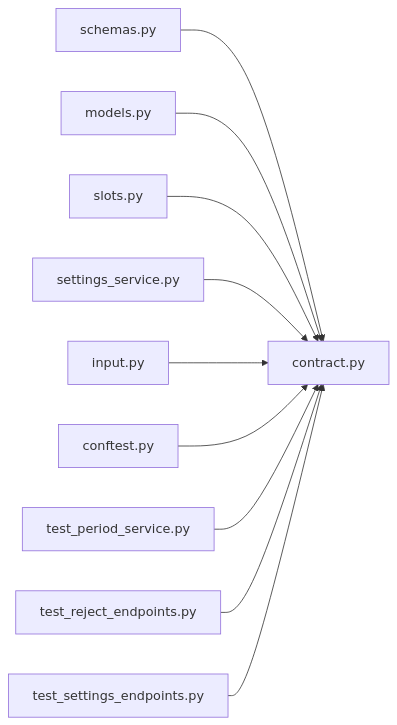
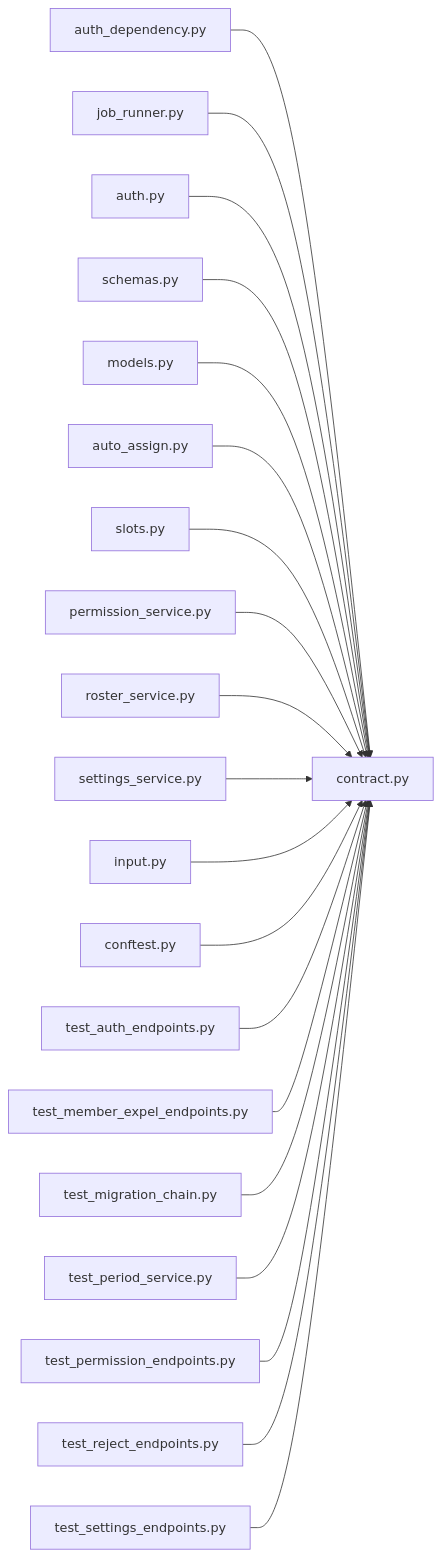
One commit to minkong-dev/Banblit changed the diagram in .cluedoc/graph/backend/src/backend/contract.md. Above: the diagram before and after it, drawn with Mermaid. The commit also changed other lines of this file and 48 other files, not shown here.

First line of the commit message:
backend: split file storage into its own module and keep shared literals in contract

````diff
--- a/.cluedoc/graph/backend/src/backend/contract.md
+++ b/.cluedoc/graph/backend/src/backend/contract.md
@@ -10,13 +10,23 @@
 ```mermaid
 flowchart LR
   backend_src_backend_contract["contract.py"]
+  backend_src_backend_api_auth_dependency["auth_dependency.py"] --> backend_src_backend_contract
+  backend_src_backend_api_job_runner["job_runner.py"] --> backend_src_backend_contract
+  backend_src_backend_api_routers_auth["auth.py"] --> backend_src_backend_contract
   backend_src_backend_api_schemas["schemas.py"] --> backend_src_backend_contract
   backend_src_backend_db_models["models.py"] --> backend_src_backend_contract
+  backend_src_backend_jobs_auto_assign["auto_assign.py"] --> backend_src_backend_contract
   backend_src_backend_scheduling_slots["slots.py"] --> backend_src_backend_contract
+  backend_src_backend_services_permission_permission_service["permission_service.py"] --> backend_src_backend_contract
+  backend_src_backend_services_roster_roster_service["roster_service.py"] --> backend_src_backend_contract
   backend_src_backend_services_settings_settings_service["settings_service.py"] --> backend_src_backend_contract
   backend_src_backend_services_validation_input["input.py"] --> backend_src_backend_contract
   backend_tests_conftest["conftest.py"] --> backend_src_backend_contract
+  backend_tests_integration_db_test_auth_endpoints["test_auth_endpoints.py"] --> backend_src_backend_contract
+  backend_tests_integration_db_test_member_expel_endpoints["test_member_expel_endpoints.py"] --> backend_src_backend_contract
+  backend_tests_integration_db_test_migration_chain["test_migration_chain.py"] --> backend_src_backend_contract
   backend_tests_integration_db_test_period_service["test_period_service.py"] --> backend_src_backend_contract
+  backend_tests_integration_db_test_permission_endpoints["test_permission_endpoints.py"] --> backend_src_backend_contract
   backend_tests_integration_db_test_reject_endpoints["test_reject_endpoints.py"] --> backend_src_backend_contract
   backend_tests_integration_db_test_settings_endpoints["test_settings_endpoints.py"] --> backend_src_backend_contract
 ```
````
